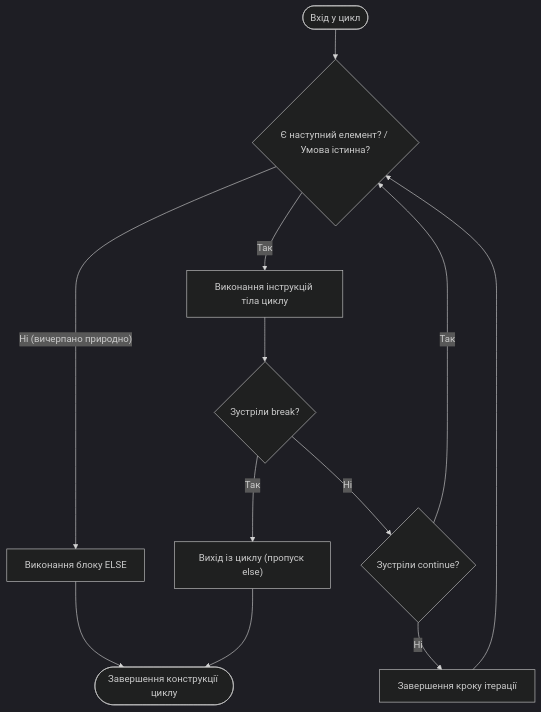
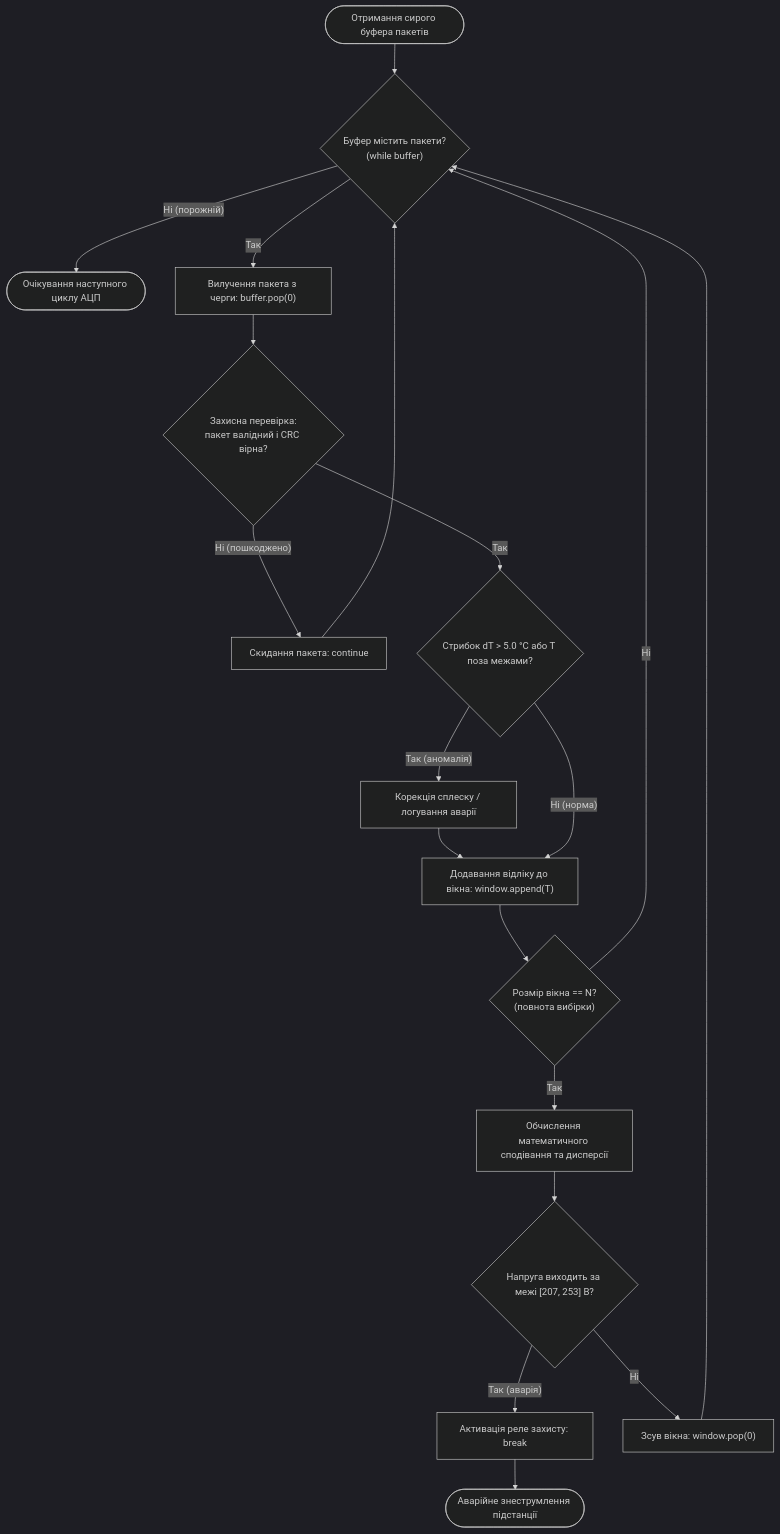
The fourth of 4 diagrams in docs/lk/lk2.md (KyryloVadurin/python-programming), drawn with Mermaid (dark theme) before and after one commit. The commit also changed other lines of this file, not shown here.

````diff
--- a/docs/lk/lk2.md
+++ b/docs/lk/lk2.md
@@ -169,18 +401,24 @@
 ```mermaid
 flowchart TD
-    StartLoop(["Вхід у цикл"]) --> CheckIter{"Є наступний елемент? / Умова істинна?"}
+    Start(["Отримання сирого буфера пакетів"]) --> CheckBuffer{"Буфер містить пакети?<br>(while buffer)"}
     
-    CheckIter -- "Так" --> ExecBody["Виконання інструкцій тіла циклу"]
-    ExecBody --> CheckBreak{"Зустріли break?"}
+    CheckBuffer -- "Ні (порожній)" --> Finish(["Очікування наступного циклу АЦП"])
+    CheckBuffer -- "Так" --> PopPacket["Вилучення пакета з черги: buffer.pop(0)"]
     
-    CheckBreak -- "Так" --> ExitBreak["Вихід із циклу (пропуск else)"]
-    CheckBreak -- "Ні" --> CheckContinue{"Зустріли continue?"}
+    PopPacket --> ValidateGuard{"Захисна перевірка:<br>пакет валідний і CRC вірна?"}
+    ValidateGuard -- "Ні (пошкоджено)" --> DropCorrupt["Скидання пакета: continue"] --> CheckBuffer
+    ValidateGuard -- "Так" --> CheckSpike{"Стрибок dT > 5.0 °C або T поза межами?"}
     
-    CheckContinue -- "Так" --> CheckIter
-    CheckContinue -- "Ні" --> StepEnd["Завершення кроку ітерації"]
-    StepEnd --> CheckIter
+    CheckSpike -- "Так (аномалія)" --> ClampData["Корекція сплеску / логування аварії"] --> Accumulate
+    CheckSpike -- "Ні (норма)" --> Accumulate["Додавання відліку до вікна: window.append(T)"]
     
-    CheckIter -- "Ні (вичерпано природно)" --> ExecElse["Виконання блоку ELSE"]
-    ExecElse --> NormalExit(["Завершення конструкції циклу"])
-    ExitBreak --> NormalExit
+    Accumulate --> CheckWindow{"Розмір вікна == N?<br>(повнота вибірки)"}
+    CheckWindow -- "Ні" --> CheckBuffer
+    CheckWindow -- "Так" --> CalcStats["Обчислення математичного сподівання та дисперсії"]
+    
+    CalcStats --> CheckThreshold{"Напруга виходить за межі [207, 253] В?"}
+    CheckThreshold -- "Так (аварія)" --> TriggerAlarm["Активація реле захисту: break"]
+    CheckThreshold -- "Ні" --> SlideWindow["Зсув вікна: window.pop(0)"] --> CheckBuffer
+    
+    TriggerAlarm --> EmergencyStop(["Аварійне знеструмлення підстанції"])
 ```
````
